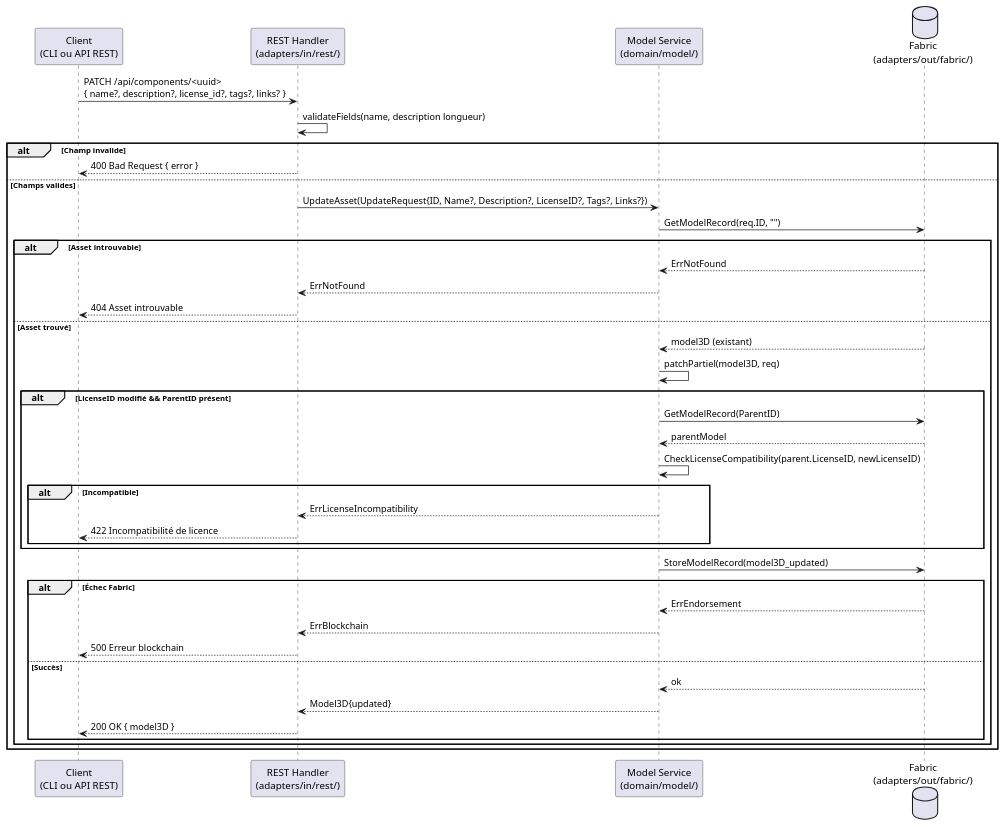
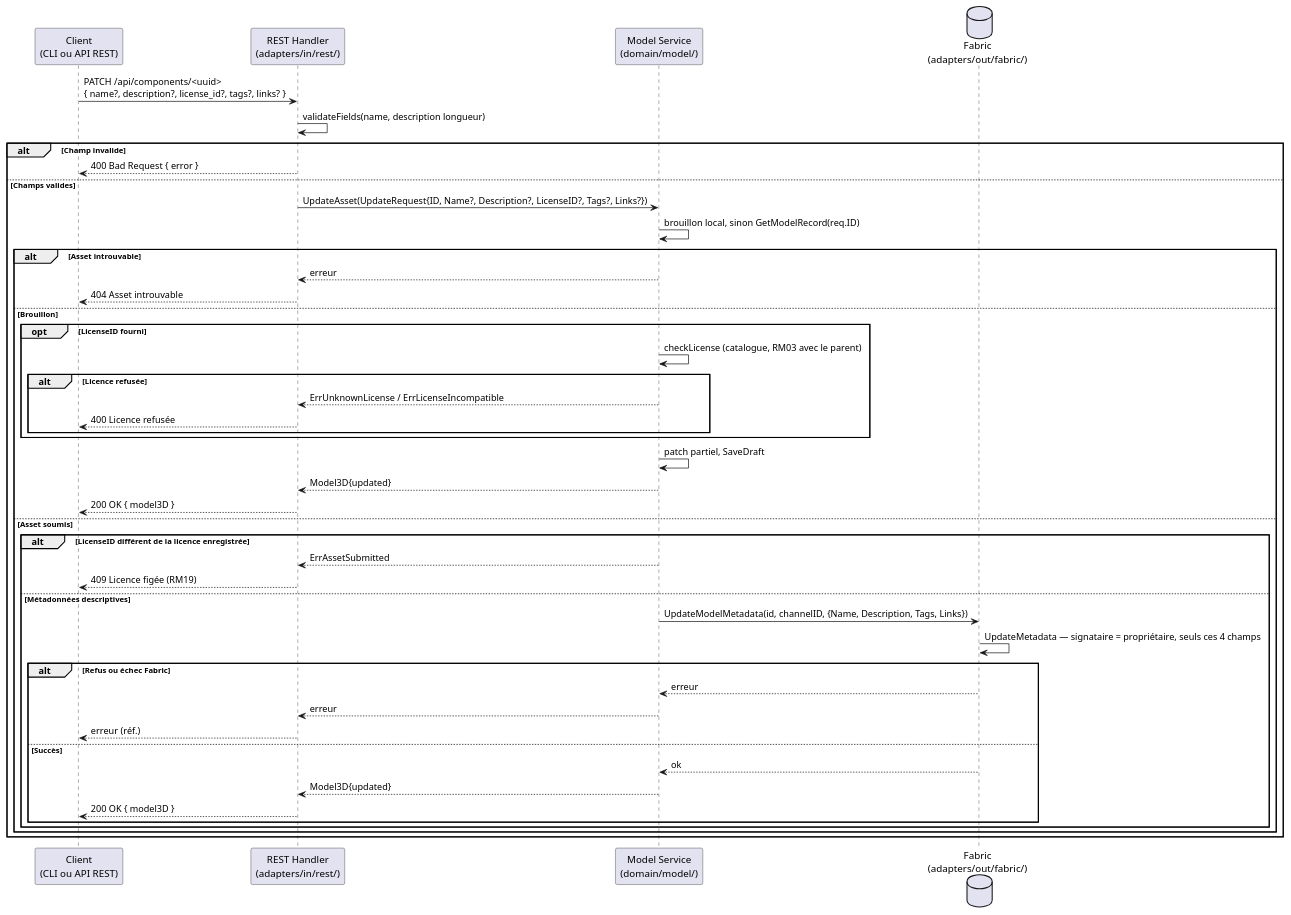
One commit to myr-forge/myr-core changed the second of 3 diagrams in specs/2-Analyse/UCCE-Composant_Ecriture/UCCE02.md. Above: the diagram before and after it, drawn with PlantUML. The commit also changed other lines of this file and 53 other files, not shown here.

First line of the commit message:
feat(model): freeze submitted assets, keep descriptive metadata editable (FT-012, R-04)

````diff
--- a/specs/2-Analyse/UCCE-Composant_Ecriture/UCCE02.md
+++ b/specs/2-Analyse/UCCE-Composant_Ecriture/UCCE02.md
@@ -167,50 +165,52 @@
 ```plantuml
 @startuml
 participant "Client\n(CLI ou API REST)" as Browser
 participant "REST Handler\n(adapters/in/rest/)" as REST
 participant "Model Service\n(domain/model/)" as ModelSvc
 database "Fabric\n(adapters/out/fabric/)" as Fabric
 
 Browser -> REST : PATCH /api/components/<uuid>\n{ name?, description?, license_id?, tags?, links? }
 REST -> REST : validateFields(name, description longueur)
 
 alt Champ invalide
     REST --> Browser : 400 Bad Request { error }
 else Champs valides
     REST -> ModelSvc : UpdateAsset(UpdateRequest{ID, Name?, Description?, LicenseID?, Tags?, Links?})
-    ModelSvc -> Fabric : GetModelRecord(req.ID, "")
+    ModelSvc -> ModelSvc : brouillon local, sinon GetModelRecord(req.ID)
 
     alt Asset introuvable
-        Fabric --> ModelSvc : ErrNotFound
-        ModelSvc --> REST : ErrNotFound
+        ModelSvc --> REST : erreur
         REST --> Browser : 404 Asset introuvable
-    else Asset trouvé
-        Fabric --> ModelSvc : model3D (existant)
-        ModelSvc -> ModelSvc : patchPartiel(model3D, req)
-
-        alt LicenseID modifié && ParentID présent
-            ModelSvc -> Fabric : GetModelRecord(ParentID)
-            Fabric --> ModelSvc : parentModel
-            ModelSvc -> ModelSvc : CheckLicenseCompatibility(parent.LicenseID, newLicenseID)
-            alt Incompatible
-                ModelSvc --> REST : ErrLicenseIncompatibility
-                REST --> Browser : 422 Incompatibilité de licence
+    else Brouillon
+        opt LicenseID fourni
+            ModelSvc -> ModelSvc : checkLicense (catalogue, RM03 avec le parent)
+            alt Licence refusée
+                ModelSvc --> REST : ErrUnknownLicense / ErrLicenseIncompatible
+                REST --> Browser : 400 Licence refusée
             end
         end
-
-        ModelSvc -> Fabric : StoreModelRecord(model3D_updated)
-
-        alt Échec Fabric
-            Fabric --> ModelSvc : ErrEndorsement
-            ModelSvc --> REST : ErrBlockchain
-            REST --> Browser : 500 Erreur blockchain
-        else Succès
-            Fabric --> ModelSvc : ok
-            ModelSvc --> REST : Model3D{updated}
-            REST --> Browser : 200 OK { model3D }
+        ModelSvc -> ModelSvc : patch partiel, SaveDraft
+        ModelSvc --> REST : Model3D{updated}
+        REST --> Browser : 200 OK { model3D }
+    else Asset soumis
+        alt LicenseID différent de la licence enregistrée
+            ModelSvc --> REST : ErrAssetSubmitted
+            REST --> Browser : 409 Licence figée (RM19)
+        else Métadonnées descriptives
+            ModelSvc -> Fabric : UpdateModelMetadata(id, channelID, {Name, Description, Tags, Links})
+            Fabric -> Fabric : UpdateMetadata — signataire = propriétaire, seuls ces 4 champs
+            alt Refus ou échec Fabric
+                Fabric --> ModelSvc : erreur
+                ModelSvc --> REST : erreur
+                REST --> Browser : erreur (réf.)
+            else Succès
+                Fabric --> ModelSvc : ok
+                ModelSvc --> REST : Model3D{updated}
+                REST --> Browser : 200 OK { model3D }
+            end
         end
     end
 end
 
 @enduml
 ```
````
